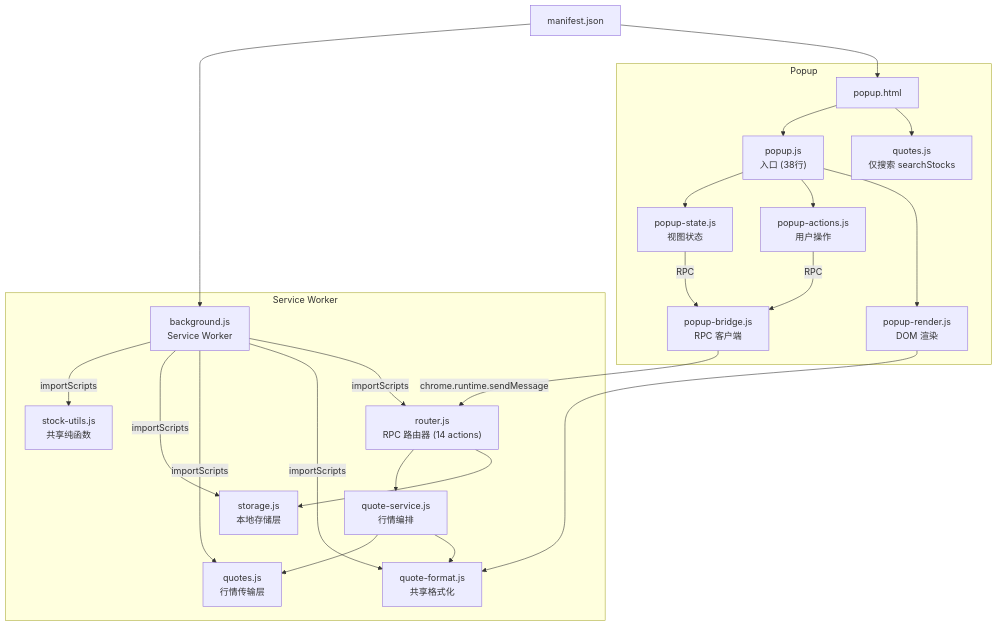
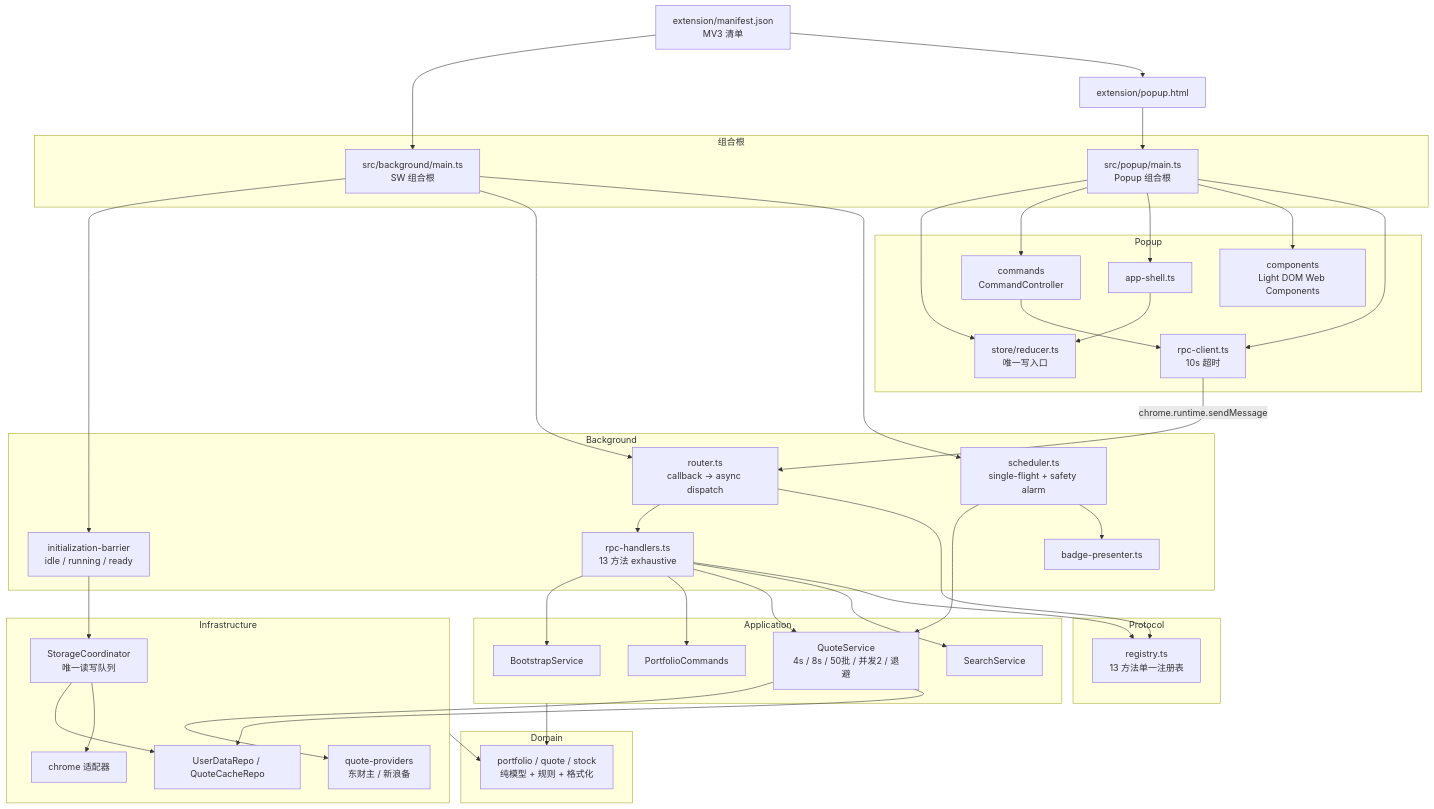
The diagram in docs/项目架构.md (orxz/stock-alert-extension), drawn with Mermaid before and after one commit. The commit also changed other lines of this file and 63 other files, not shown here.

First line of the commit message:
release: prepare clean v2.0.0 architecture

````diff
--- a/docs/项目架构.md
+++ b/docs/项目架构.md
@@ -36,44 +92,77 @@
 ```mermaid
 graph TB
-    Manifest["manifest.json"]
-    subgraph "Service Worker"
-        BG["background.js<br/>Service Worker"]
-        Router["router.js<br/>RPC 路由器 (14 actions)"]
-        QuoteFormat["quote-format.js<br/>共享格式化"]
-        StockUtils["stock-utils.js<br/>共享纯函数"]
-        Storage["storage.js<br/>本地存储层"]
-        Quotes["quotes.js<br/>行情传输层"]
-        QuoteService["quote-service.js<br/>行情编排"]
+    Manifest["extension/manifest.json<br/>MV3 清单"]
+    PopupHTML["extension/popup.html"]
+    subgraph "组合根"
+        BGMain["src/background/main.ts<br/>SW 组合根"]
+        PopupMain["src/popup/main.ts<br/>Popup 组合根"]
+    end
+    subgraph "Background"
+        Barrier["initialization-barrier<br/>idle / running / ready"]
+        Router["router.ts<br/>callback → async dispatch"]
+        Handlers["rpc-handlers.ts<br/>13 方法 exhaustive"]
+        Scheduler["scheduler.ts<br/>single-flight + safety alarm"]
+        Badge["badge-presenter.ts"]
     end
     subgraph "Popup"
-        PopupHTML["popup.html"]
-        PopupJS["popup.js<br/>入口 (38行)"]
-        Bridge["popup-bridge.js<br/>RPC 客户端"]
-        State["popup-state.js<br/>视图状态"]
-        Render["popup-render.js<br/>DOM 渲染"]
-        Actions["popup-actions.js<br/>用户操作"]
-        PopupQuotes["quotes.js<br/>仅搜索 searchStocks"]
+        AppShell["app-shell.ts"]
+        Store["store/reducer.ts<br/>唯一写入口"]
+        Commands["commands<br/>CommandController"]
+        Components["components<br/>Light DOM Web Components"]
+        RpcClient["rpc-client.ts<br/>10s 超时"]
+    end
+    subgraph "Application"
+        Bootstrap["BootstrapService"]
+        Portfolio["PortfolioCommands"]
+        QuoteService["QuoteService<br/>4s / 8s / 50批 / 并发2 / 退避"]
+        Search["SearchService"]
+    end
+    subgraph "Protocol"
+        Registry["registry.ts<br/>13 方法单一注册表"]
+    end
+    subgraph "Infrastructure"
+        Coordinator["StorageCoordinator<br/>唯一读写队列"]
+        Repos["UserDataRepo / QuoteCacheRepo"]
+        Providers["quote-providers<br/>东财主 / 新浪备"]
+        ChromeAdapters["chrome 适配器"]
+    end
+    subgraph "Domain"
+        DomainModels["portfolio / quote / stock<br/>纯模型 + 规则 + 格式化"]
     end
 
-    Manifest --> BG
+    Manifest --> BGMain
     Manifest --> PopupHTML
-    BG -->|"importScripts"| StockUtils
-    BG -->|"importScripts"| Storage
-    BG -->|"importScripts"| Quotes
-    BG -->|"importScripts"| QuoteFormat
-    BG -->|"importScripts"| Router
-    Router --> QuoteService
-    Router --> Storage
-    QuoteService --> Quotes
-    QuoteService --> QuoteFormat
+    PopupHTML --> PopupMain
 
-    PopupHTML --> PopupJS
-    PopupJS --> State
-    PopupJS --> Actions
-    PopupJS --> Render
-    State -->|"RPC"| Bridge
-    Actions -->|"RPC"| Bridge
-    Bridge -->|"chrome.runtime.sendMessage"| Router
-    Render --> QuoteFormat
-    PopupHTML --> PopupQuotes
+    BGMain --> Barrier
+    BGMain --> Router
+    BGMain --> Scheduler
+    Barrier --> Coordinator
+    Router --> Handlers
+    Handlers --> Bootstrap
+    Handlers --> Portfolio
+    Handlers --> QuoteService
+    Handlers --> Search
+    Scheduler --> QuoteService
+    Scheduler --> Badge
+
+    Coordinator --> Repos
+    QuoteService --> Providers
+    QuoteService --> Repos
+    Coordinator --> ChromeAdapters
+
+    PopupMain --> Store
+    PopupMain --> Commands
+    PopupMain --> AppShell
+    PopupMain --> Components
+    PopupMain --> RpcClient
+    Commands --> RpcClient
+    AppShell --> Store
+
+    RpcClient -->|"chrome.runtime.sendMessage"| Router
+    Router --> Registry
+    Handlers --> Registry
+
+    Application --> DomainModels
+    Infrastructure --> DomainModels
 ```
````
